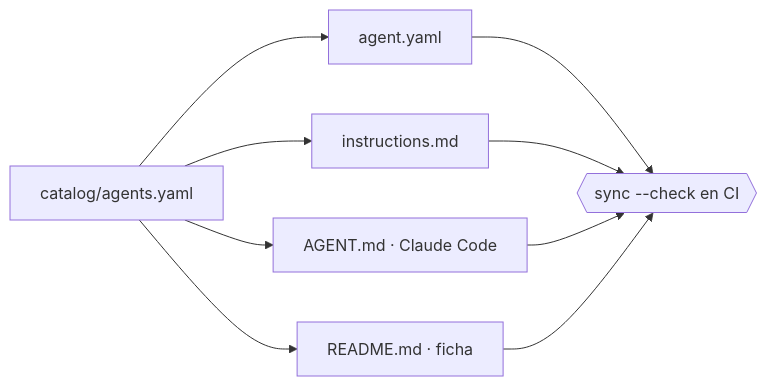
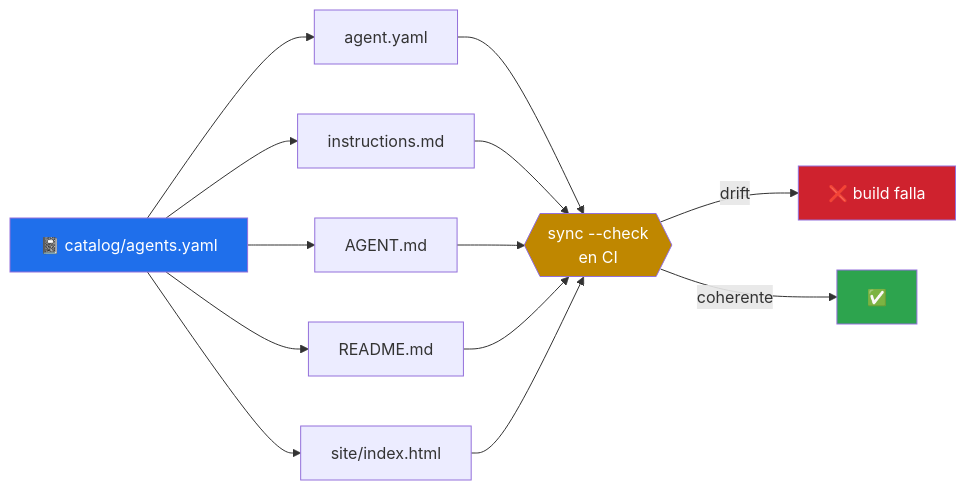
Before and after one commit to vladimiracunadev-create/operational-ai-agents: the second of 2 diagrams in README.md, drawn with Mermaid. The commit also changed other lines of this file and 92 other files, not shown here.

````diff
--- a/README.md
+++ b/README.md
@@ -220,8 +656,15 @@
 ```mermaid
 flowchart LR
-    Cat["catalog/agents.yaml"] --> Man["agent.yaml"]
-    Cat --> Ins["instructions.md"]
-    Cat --> Cla["AGENT.md · Claude Code"]
-    Cat --> Doc["README.md · ficha"]
-    Man & Ins & Cla & Doc --> CI{{"sync --check en CI"}}
+    C["📓 catalog/agents.yaml"] --> M["agent.yaml"]
+    C --> I["instructions.md"]
+    C --> A["AGENT.md"]
+    C --> R["README.md"]
+    C --> S["site/index.html"]
+    M & I & A & R & S --> V{{"sync --check<br/>en CI"}}
+    V -->|drift| F["❌ build falla"]
+    V -->|coherente| P["✅"]
+    style C fill:#1f6feb,color:#fff
+    style V fill:#bf8700,color:#fff
+    style F fill:#cf222e,color:#fff
+    style P fill:#2da44e,color:#fff
 ```
````
